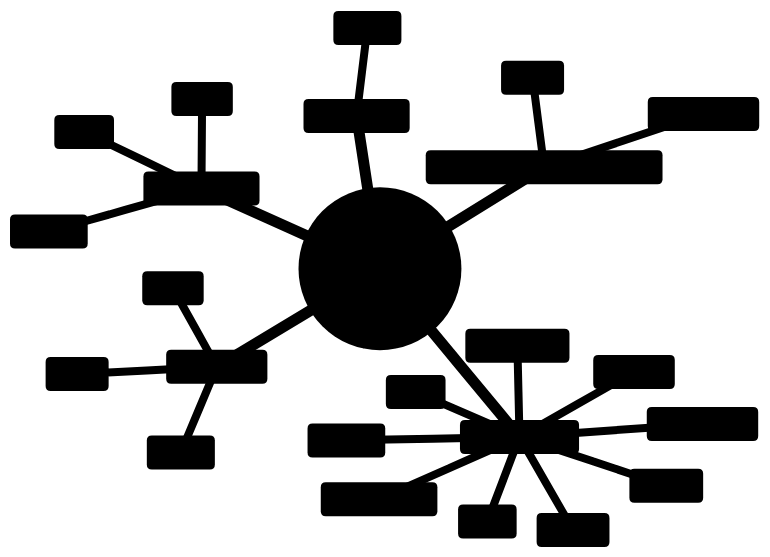
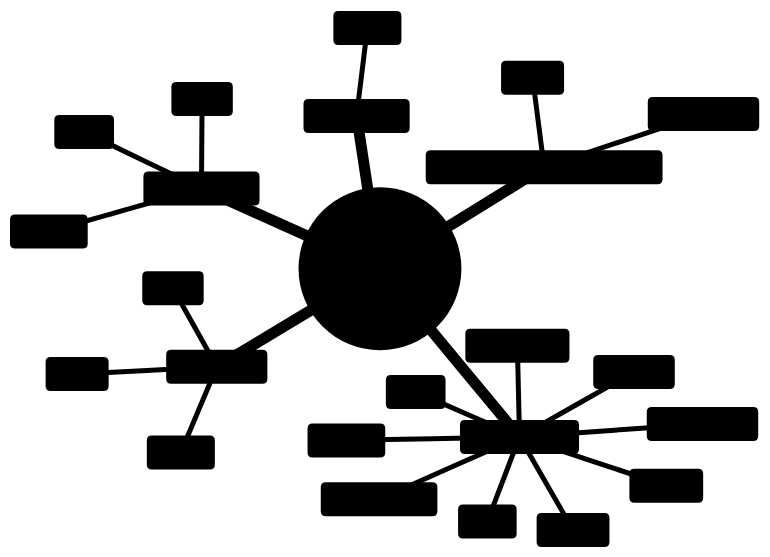
Before and after one commit to Ibtasam-Ahmad/zero-to-ai-engineer: the second of 7 diagrams in 01_Python/notes/01_Python.md, drawn with Mermaid. The commit also changed other lines of this file and 11 other files, not shown here.

````diff
--- a/01_Python/notes/01_Python.md
+++ b/01_Python/notes/01_Python.md
@@ -102,39 +102,39 @@
 ```mermaid
 %%{init: {
  "theme": "base",
  "themeVariables": {
   "background": "#0d1117",
   "primaryColor": "#1f2937",
   "primaryTextColor": "#000000",
   "primaryBorderColor": "#60a5fa",
   "lineColor": "#94a3b8",
   "textColor": "#000000"
  }
 }}%%
 
 mindmap
- root((Python Data Types))
-  Immutable
-   int
-   float
-   complex
-   bool
-   str
-   bytes
-   tuple
-   frozenset
-   NoneType
-  Mutable
-   list
-   dict
-   set
-  Sequence
-   str
-   list
-   tuple
-  Mapping
-   dict
-  Collection of unique items
-   set
-   frozenset
+  root((Python Data Types))
+    Immutable
+      int
+      float
+      complex
+      bool
+      str
+      bytes
+      tuple
+      frozenset
+      NoneType
+    Mutable
+      list
+      dict
+      set
+    Sequence
+      str
+      list
+      tuple
+    Mapping
+      dict
+    Collection of unique items
+      set
+      frozenset
 ```
````
